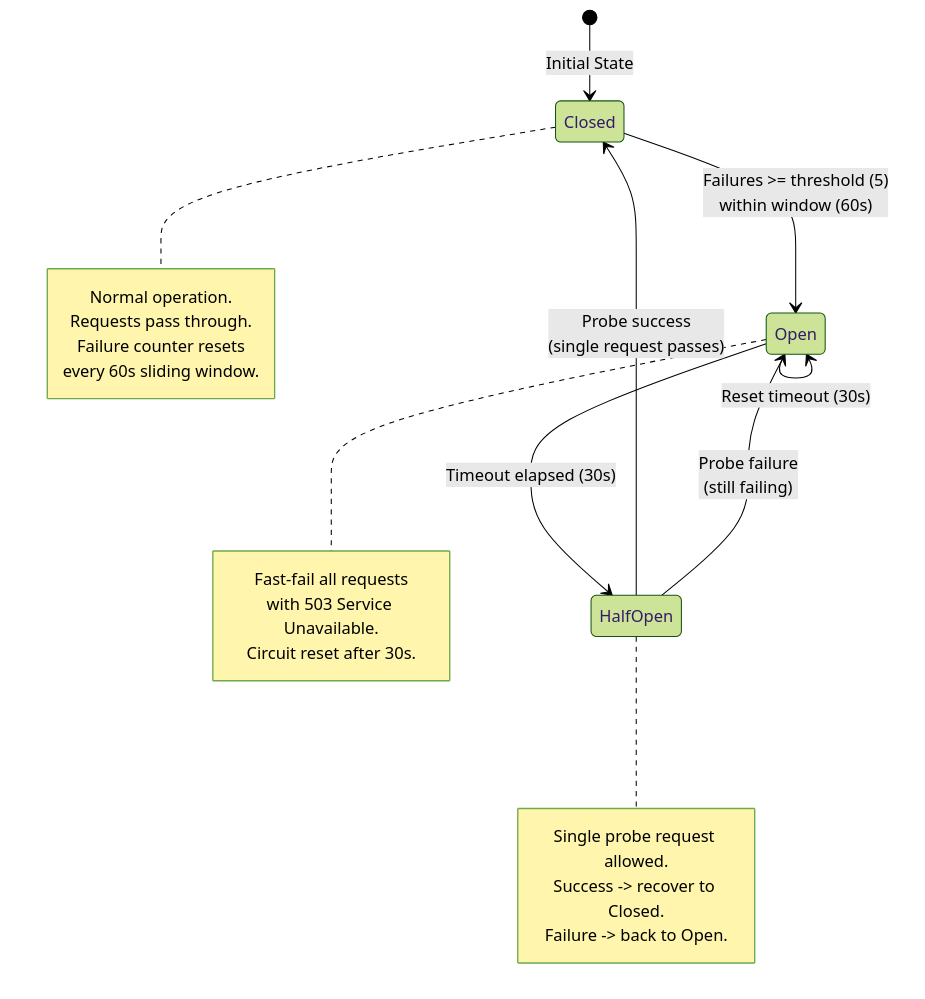
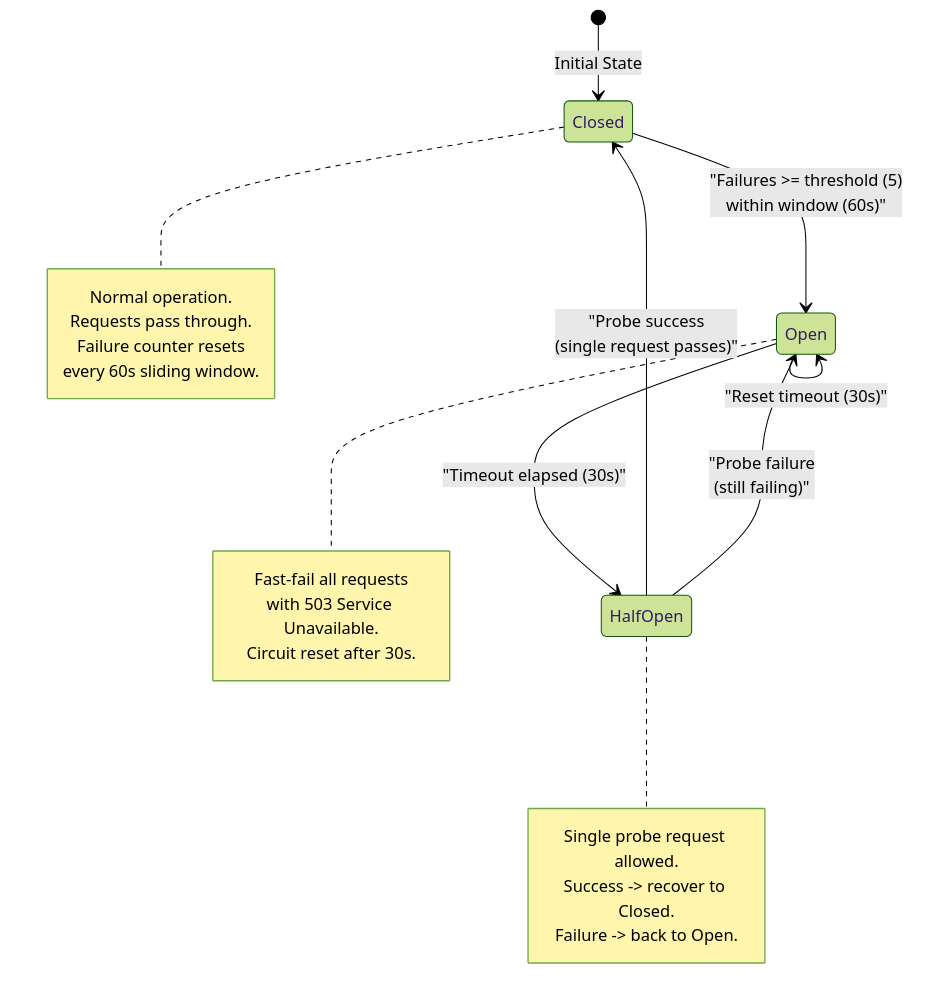
One commit to SafeVixAI/SafeVixAI changed the first of 2 diagrams in docs/api-reference/ERROR_CODES.md. Above: the diagram before and after it, drawn with Mermaid (forest theme). The commit also changed other lines of this file and 85 other files, not shown here.

Commit message:
docs: Fix Mermaid diagrams, resolve relative link warnings, and ensure clean mkdocs build

````diff
--- a/docs/api-reference/ERROR_CODES.md
+++ b/docs/api-reference/ERROR_CODES.md
@@ -7,28 +7,28 @@
 ```mermaid
 stateDiagram-v2
     [*] --> Closed: Initial State
-    Closed --> Open: Failures >= threshold (5)<br/>within window (60s)
-    Open --> HalfOpen: Timeout elapsed (30s)
-    HalfOpen --> Closed: Probe success<br/>(single request passes)
-    HalfOpen --> Open: Probe failure<br/>(still failing)
-    Open --> Open: Reset timeout (30s)
+    Closed --> Open: "Failures >= threshold (5)<br/>within window (60s)"
+    Open --> HalfOpen: "Timeout elapsed (30s)"
+    HalfOpen --> Closed: "Probe success<br/>(single request passes)"
+    HalfOpen --> Open: "Probe failure<br/>(still failing)"
+    Open --> Open: "Reset timeout (30s)"
 
     note right of Closed
         Normal operation.
         Requests pass through.
         Failure counter resets
         every 60s sliding window.
     end note
 
     note right of Open
         Fast-fail all requests
         with 503 Service Unavailable.
         Circuit reset after 30s.
     end note
 
     note right of HalfOpen
         Single probe request allowed.
         Success -> recover to Closed.
         Failure -> back to Open.
     end note
 ```
````
